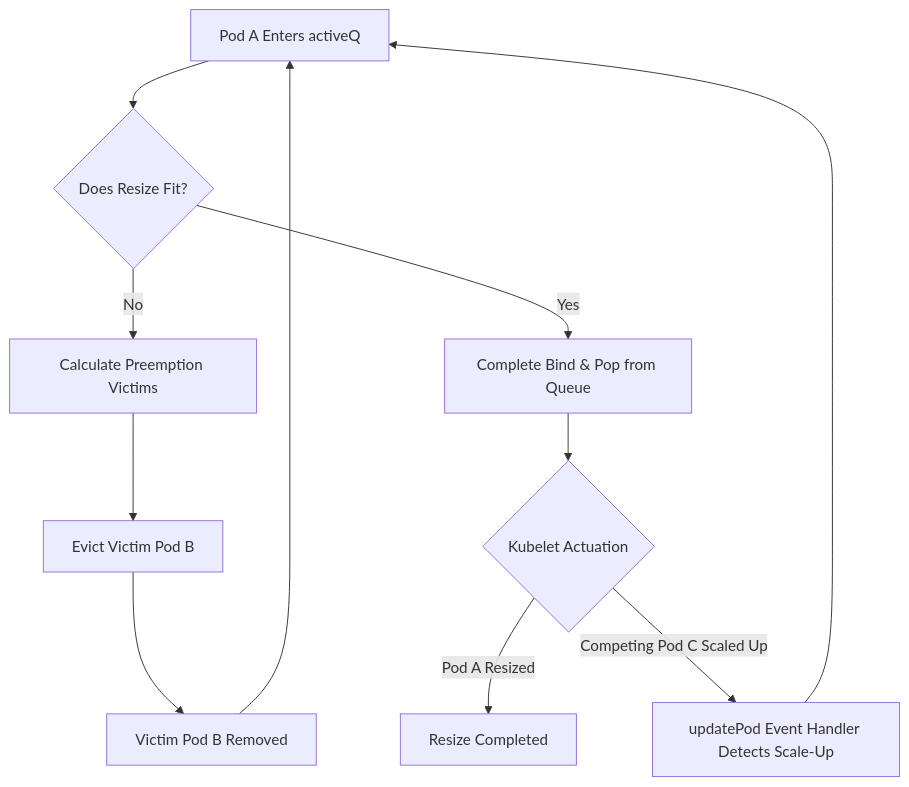
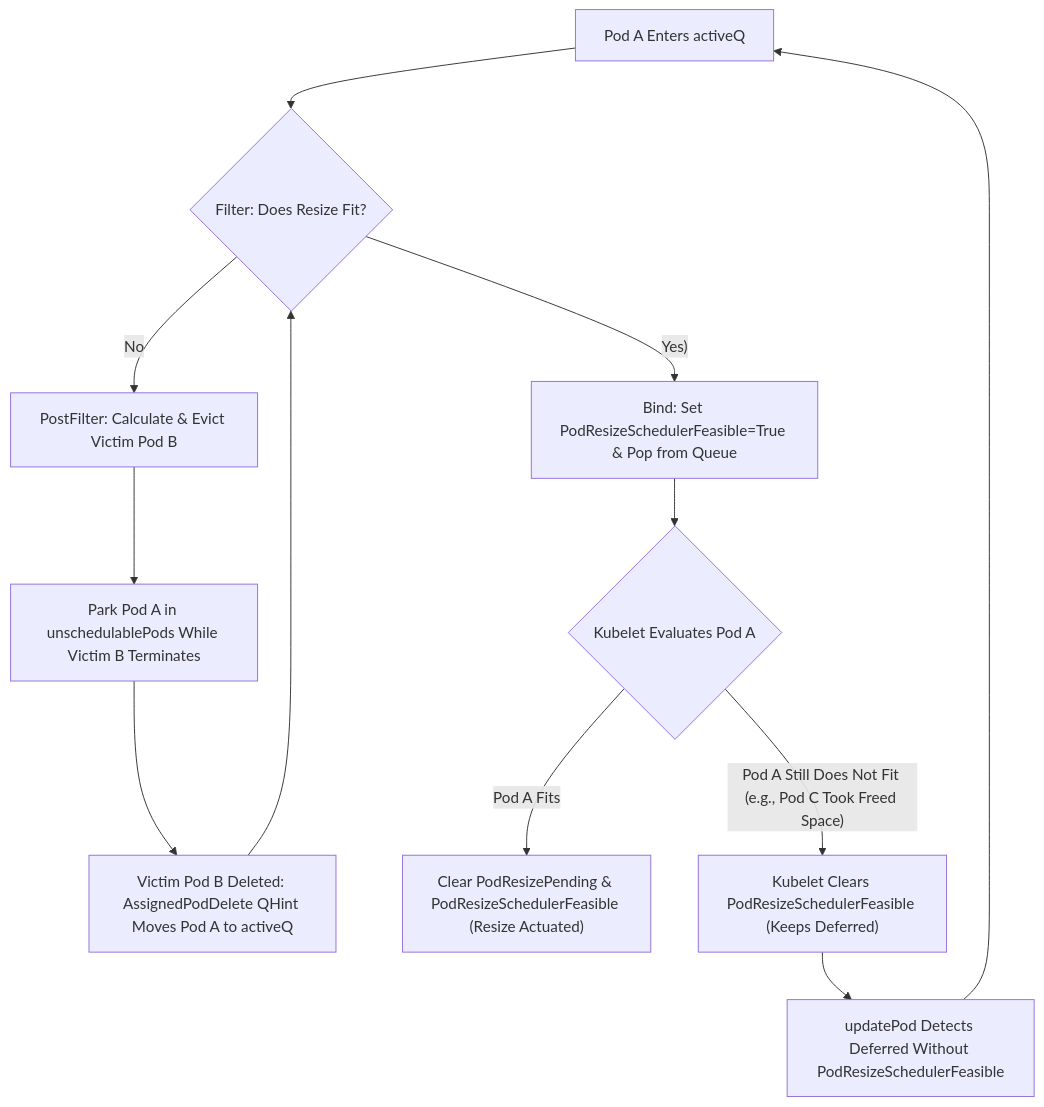
The diagram in keps/sig-scheduling/5836-scheduler-preemption-for-ippr/README.md (kubernetes/enhancements), drawn with Mermaid before and after one commit. The commit also changed other lines of this file, not shown here.

Commit message:
add PodResizeSchedulerFeasible condition for reconsideration race conditions

````diff
--- a/keps/sig-scheduling/5836-scheduler-preemption-for-ippr/README.md
+++ b/keps/sig-scheduling/5836-scheduler-preemption-for-ippr/README.md
@@ -712,14 +842,14 @@
 ```mermaid
 graph TD
-    A[Pod A Enters activeQ] --> B{Does Resize Fit?}
-    B -- No --> C[Calculate Preemption Victims]
-    C --> D[Evict Victim Pod B]
-    D --> E[Victim Pod B Removed]
-    E --> A
-    
-    B -- Yes --> F[Complete Bind & Pop from Queue]
-    F --> G{Kubelet Actuation}
-    G -- Pod A Resized --> H[Resize Completed]
-    G -- Competing Pod C Scaled Up --> I[updatePod Event Handler Detects Scale-Up]
-    I --> A
+    A[Pod A Enters activeQ] --> B{Filter: Does Resize Fit?}
+    B -- No --> C[PostFilter: Calculate & Evict Victim Pod B]
+    C --> D[Park Pod A in unschedulablePods While Victim B Terminates]
+    D --> E[Victim Pod B Deleted: AssignedPodDelete QHint Moves Pod A to activeQ]
+    E --> B
+    B -- "Yes)" --> F["Bind: Set PodResizeSchedulerFeasible=True & Pop from Queue"]
+    F --> G{Kubelet Evaluates Pod A}
+    G -- "Pod A Fits" --> H["Clear PodResizePending & PodResizeSchedulerFeasible (Resize Actuated)"]
+    G -- "Pod A Still Does Not Fit (e.g., Pod C Took Freed Space)" --> I["Kubelet Clears PodResizeSchedulerFeasible (Keeps Deferred)"]
+    I --> J[updatePod Detects Deferred Without PodResizeSchedulerFeasible]
+    J --> A
 ```
````
